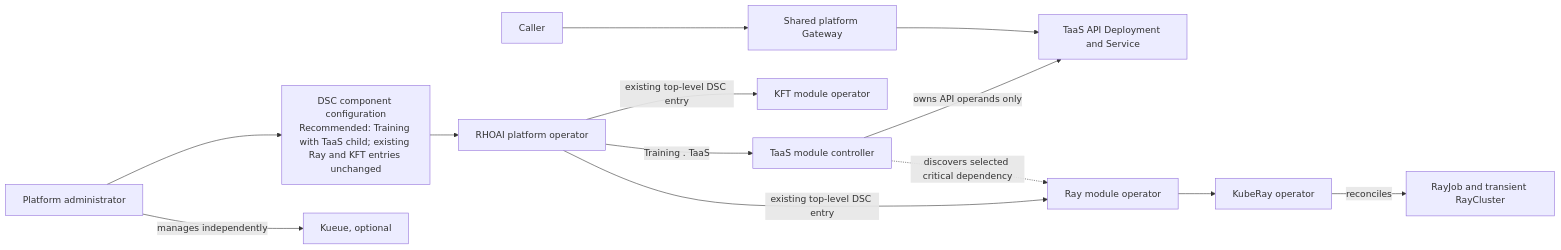
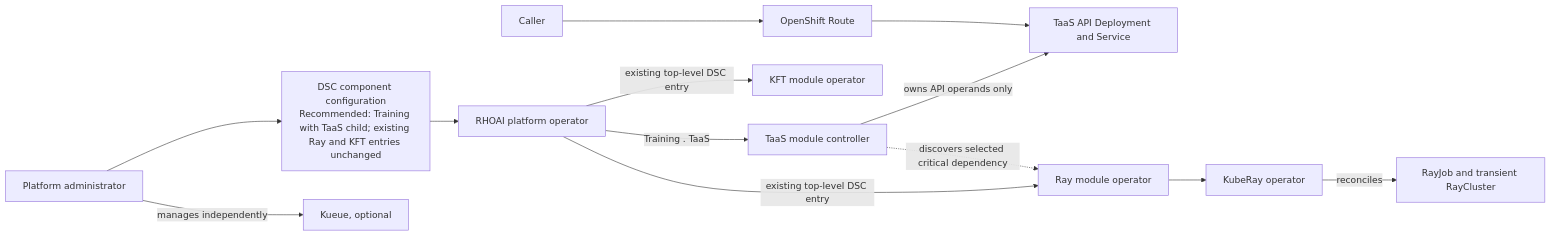
The first of 2 diagrams in architecture-decision-records/distributed-workloads/ODH-ADR-TA-0002-taas-rhoai-technical-preview.md (opendatahub-io/architecture-decision-records), drawn with Mermaid before and after one commit. The commit also changed other lines of this file, not shown here.

````diff
--- a/architecture-decision-records/distributed-workloads/ODH-ADR-TA-0002-taas-rhoai-technical-preview.md
+++ b/architecture-decision-records/distributed-workloads/ODH-ADR-TA-0002-taas-rhoai-technical-preview.md
@@ -123,15 +124,15 @@
 ```mermaid
 flowchart LR
     Admin[Platform administrator] --> DSC[DSC component configuration<br/>Recommended: Training with TaaS child; existing Ray and KFT entries unchanged]
     DSC --> Platform[RHOAI platform operator]
     Platform -->|Training . TaaS| TaaS[TaaS module controller]
     TaaS -->|owns API operands only| API[TaaS API Deployment and Service]
     Platform -->|existing top-level DSC entry| Ray[Ray module operator]
     Platform -->|existing top-level DSC entry| KFT[KFT module operator]
     TaaS -. discovers selected critical dependency .-> Ray
     Ray --> KubeRay[KubeRay operator]
     KubeRay -->|reconciles| RayJob[RayJob and transient RayCluster]
     Admin -->|manages independently| Kueue[Kueue, optional]
-    Caller[Caller] --> Gateway[Shared platform Gateway]
-    Gateway --> API
+    Caller[Caller] --> Ingress[OpenShift Route]
+    Ingress --> API
 ```
````
